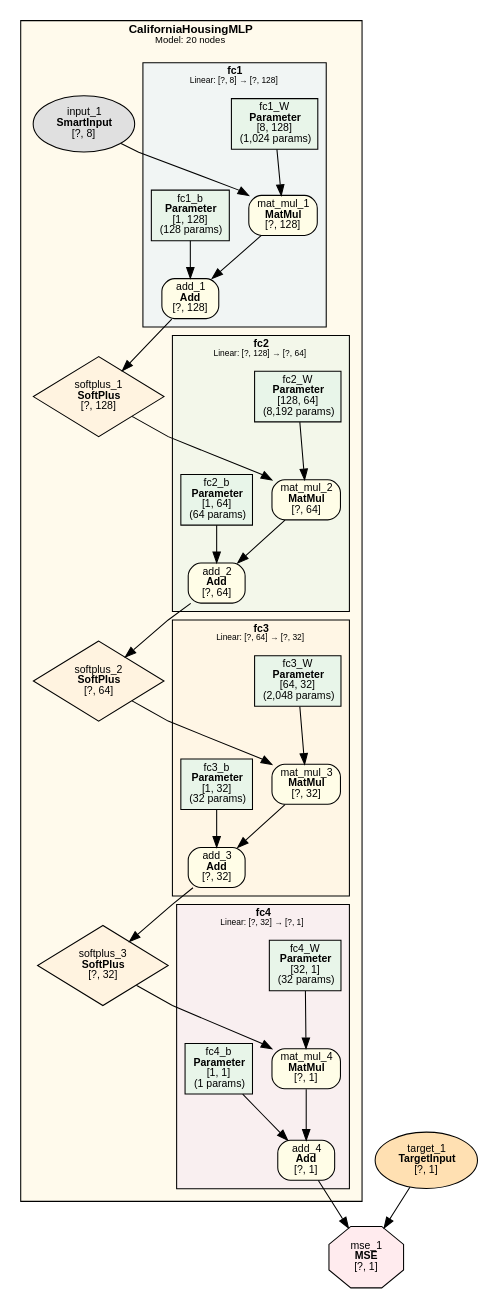
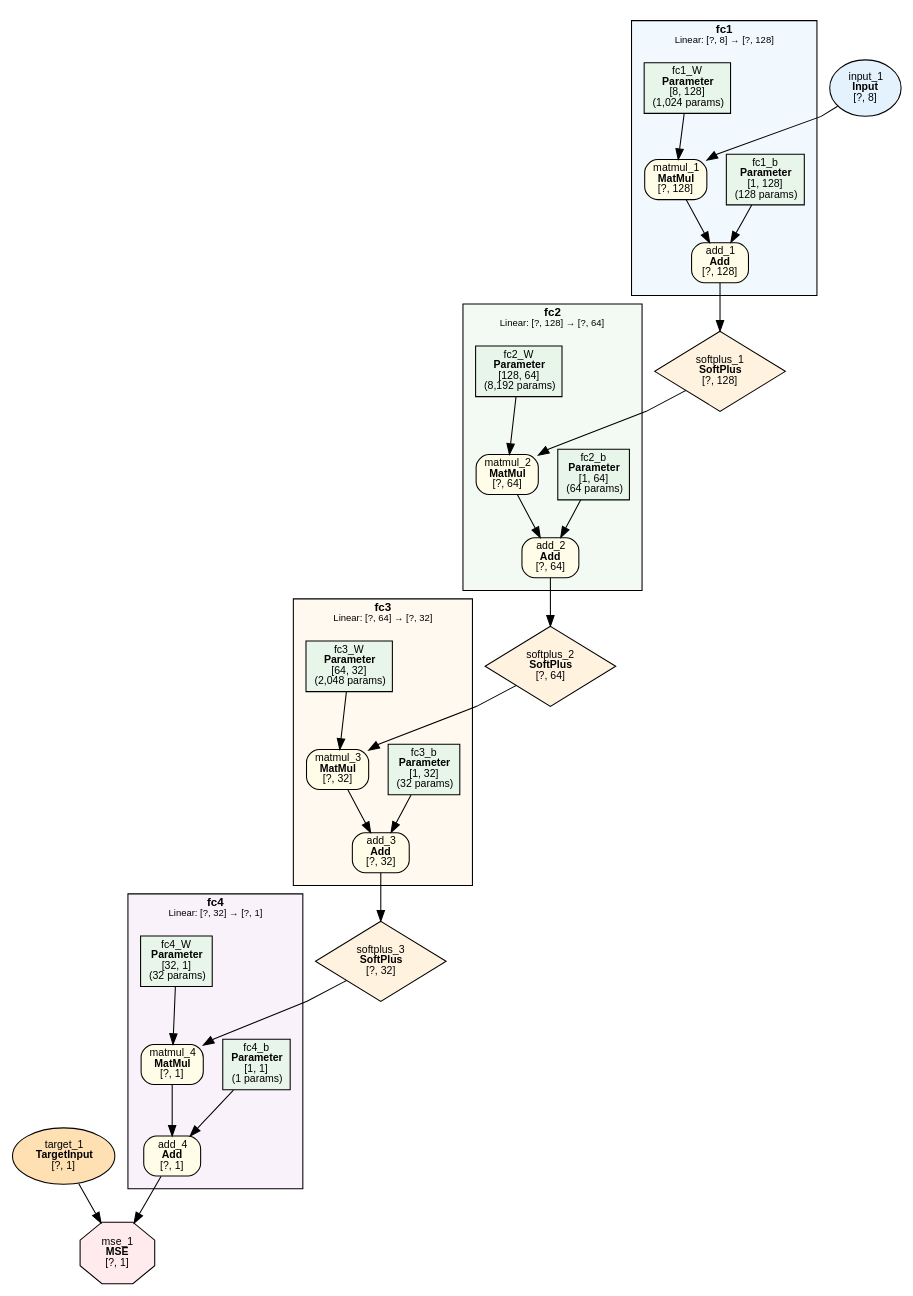
One commit to dbsxdbsx/only_torch changed the diagram in examples/california_housing/california_housing.dot. Above: the diagram before and after it, drawn with Graphviz. The commit also changed 17 other files, not shown here.

```diff
--- a/examples/california_housing/california_housing.dot
+++ b/examples/california_housing/california_housing.dot
@@ -1,93 +1,88 @@
-digraph Model {
+digraph ComputeGraph {
     rankdir=TB;
     newrank=true;
     splines=polyline;
     node [fontname="Microsoft YaHei,SimHei,Arial"];
     edge [fontname="Microsoft YaHei,SimHei,Arial"];
 
-    subgraph cluster_CaliforniaHousingMLP {
-        label=<<B>CaliforniaHousingMLP</B><BR/><FONT POINT-SIZE="9">Model: 20 nodes</FONT>>;
+    subgraph cluster_fc1 {
+        label=<<B>fc1</B><BR/><FONT POINT-SIZE="9">Linear: [?, 8] → [?, 128]</FONT>>;
         style=filled;
-        fillcolor="#FFECB340";
+        fillcolor="#E3F2FD80";
         fontname="Microsoft YaHei,SimHei,Arial";
         fontsize=11;
         margin=12;
-        subgraph cluster_CaliforniaHousingMLP_fc1 {
-            label=<<B>fc1</B><BR/><FONT POINT-SIZE="8">Linear: [?, 8] → [?, 128]</FONT>>;
-            style=filled;
-            fillcolor="#E3F2FD80";
-            fontname="Microsoft YaHei,SimHei,Arial";
-            fontsize=10;
-            margin=8;
+            "5321" [label=<add_1<BR/><B>Add</B><BR/>[?, 128]> shape=box style="filled,rounded" fillcolor="#FFFDE7" fontsize=10];
+            "5320" [label=<matmul_1<BR/><B>MatMul</B><BR/>[?, 128]> shape=box style="filled,rounded" fillcolor="#FFFDE7" fontsize=10];
+            "2" [label=<fc1_b<BR/><B>Parameter</B><BR/>[1, 128]<BR/>(128 params)> shape=box style=filled fillcolor="#E8F5E9" fontsize=10];
             "1" [label=<fc1_W<BR/><B>Parameter</B><BR/>[8, 128]<BR/>(1,024 params)> shape=box style=filled fillcolor="#E8F5E9" fontsize=10];
-            "2" [label=<fc1_b<BR/><B>Parameter</B><BR/>[1, 128]<BR/>(128 params)> shape=box style=filled fillcolor="#E8F5E9" fontsize=10];
-            "10" [label=<mat_mul_1<BR/><B>MatMul</B><BR/>[?, 128]> shape=box style="filled,rounded" fillcolor="#FFFDE7" fontsize=10];
-            "11" [label=<add_1<BR/><B>Add</B><BR/>[?, 128]> shape=box style="filled,rounded" fillcolor="#FFFDE7" fontsize=10];
-        }
-        subgraph cluster_CaliforniaHousingMLP_fc2 {
-            label=<<B>fc2</B><BR/><FONT POINT-SIZE="8">Linear: [?, 128] → [?, 64]</FONT>>;
-            style=filled;
-            fillcolor="#E8F5E980";
-            fontname="Microsoft YaHei,SimHei,Arial";
-            fontsize=10;
-            margin=8;
-            "3" [label=<fc2_W<BR/><B>Parameter</B><BR/>[128, 64]<BR/>(8,192 params)> shape=box style=filled fillcolor="#E8F5E9" fontsize=10];
-            "4" [label=<fc2_b<BR/><B>Parameter</B><BR/>[1, 64]<BR/>(64 params)> shape=box style=filled fillcolor="#E8F5E9" fontsize=10];
-            "13" [label=<mat_mul_2<BR/><B>MatMul</B><BR/>[?, 64]> shape=box style="filled,rounded" fillcolor="#FFFDE7" fontsize=10];
-            "14" [label=<add_2<BR/><B>Add</B><BR/>[?, 64]> shape=box style="filled,rounded" fillcolor="#FFFDE7" fontsize=10];
-        }
-        subgraph cluster_CaliforniaHousingMLP_fc3 {
-            label=<<B>fc3</B><BR/><FONT POINT-SIZE="8">Linear: [?, 64] → [?, 32]</FONT>>;
-            style=filled;
-            fillcolor="#FFF3E080";
-            fontname="Microsoft YaHei,SimHei,Arial";
-            fontsize=10;
-            margin=8;
-            "5" [label=<fc3_W<BR/><B>Parameter</B><BR/>[64, 32]<BR/>(2,048 params)> shape=box style=filled fillcolor="#E8F5E9" fontsize=10];
-            "6" [label=<fc3_b<BR/><B>Parameter</B><BR/>[1, 32]<BR/>(32 params)> shape=box style=filled fillcolor="#E8F5E9" fontsize=10];
-            "16" [label=<mat_mul_3<BR/><B>MatMul</B><BR/>[?, 32]> shape=box style="filled,rounded" fillcolor="#FFFDE7" fontsize=10];
-            "17" [label=<add_3<BR/><B>Add</B><BR/>[?, 32]> shape=box style="filled,rounded" fillcolor="#FFFDE7" fontsize=10];
-        }
-        subgraph cluster_CaliforniaHousingMLP_fc4 {
-            label=<<B>fc4</B><BR/><FONT POINT-SIZE="8">Linear: [?, 32] → [?, 1]</FONT>>;
-            style=filled;
-            fillcolor="#F3E5F580";
-            fontname="Microsoft YaHei,SimHei,Arial";
-            fontsize=10;
-            margin=8;
-            "7" [label=<fc4_W<BR/><B>Parameter</B><BR/>[32, 1]<BR/>(32 params)> shape=box style=filled fillcolor="#E8F5E9" fontsize=10];
-            "8" [label=<fc4_b<BR/><B>Parameter</B><BR/>[1, 1]<BR/>(1 params)> shape=box style=filled fillcolor="#E8F5E9" fontsize=10];
-            "19" [label=<mat_mul_4<BR/><B>MatMul</B><BR/>[?, 1]> shape=box style="filled,rounded" fillcolor="#FFFDE7" fontsize=10];
-            "20" [label=<add_4<BR/><B>Add</B><BR/>[?, 1]> shape=box style="filled,rounded" fillcolor="#FFFDE7" fontsize=10];
-        }
-            "9" [label=<input_1<BR/><B>SmartInput</B><BR/>[?, 8]> shape=ellipse style=filled fillcolor="#E0E0E0" fontsize=10];
-            "12" [label=<softplus_1<BR/><B>SoftPlus</B><BR/>[?, 128]> shape=diamond style=filled fillcolor="#FFF3E0" fontsize=10];
-            "15" [label=<softplus_2<BR/><B>SoftPlus</B><BR/>[?, 64]> shape=diamond style=filled fillcolor="#FFF3E0" fontsize=10];
-            "18" [label=<softplus_3<BR/><B>SoftPlus</B><BR/>[?, 32]> shape=diamond style=filled fillcolor="#FFF3E0" fontsize=10];
     }
 
-    "21" [label=<target_1<BR/><B>TargetInput</B><BR/>[?, 1]> shape=ellipse style=filled fillcolor="#FFE0B2" fontsize=10];
-    "22" [label=<mse_1<BR/><B>MSE</B><BR/>[?, 1]> shape=octagon style=filled fillcolor="#FFEBEE" fontsize=10];
+    subgraph cluster_fc2 {
+        label=<<B>fc2</B><BR/><FONT POINT-SIZE="9">Linear: [?, 128] → [?, 64]</FONT>>;
+        style=filled;
+        fillcolor="#E8F5E980";
+        fontname="Microsoft YaHei,SimHei,Arial";
+        fontsize=11;
+        margin=12;
+            "5324" [label=<add_2<BR/><B>Add</B><BR/>[?, 64]> shape=box style="filled,rounded" fillcolor="#FFFDE7" fontsize=10];
+            "5323" [label=<matmul_2<BR/><B>MatMul</B><BR/>[?, 64]> shape=box style="filled,rounded" fillcolor="#FFFDE7" fontsize=10];
+            "4" [label=<fc2_b<BR/><B>Parameter</B><BR/>[1, 64]<BR/>(64 params)> shape=box style=filled fillcolor="#E8F5E9" fontsize=10];
+            "3" [label=<fc2_W<BR/><B>Parameter</B><BR/>[128, 64]<BR/>(8,192 params)> shape=box style=filled fillcolor="#E8F5E9" fontsize=10];
+    }
 
-    "9" -> "10";
-    "1" -> "10";
-    "10" -> "11";
-    "2" -> "11";
-    "11" -> "12";
-    "12" -> "13";
-    "3" -> "13";
-    "13" -> "14";
-    "4" -> "14";
-    "14" -> "15";
-    "15" -> "16";
-    "5" -> "16";
-    "16" -> "17";
-    "6" -> "17";
-    "17" -> "18";
-    "18" -> "19";
-    "7" -> "19";
-    "19" -> "20";
-    "8" -> "20";
-    "20" -> "22";
-    "21" -> "22";
+    subgraph cluster_fc3 {
+        label=<<B>fc3</B><BR/><FONT POINT-SIZE="9">Linear: [?, 64] → [?, 32]</FONT>>;
+        style=filled;
+        fillcolor="#FFF3E080";
+        fontname="Microsoft YaHei,SimHei,Arial";
+        fontsize=11;
+        margin=12;
+            "5327" [label=<add_3<BR/><B>Add</B><BR/>[?, 32]> shape=box style="filled,rounded" fillcolor="#FFFDE7" fontsize=10];
+            "5326" [label=<matmul_3<BR/><B>MatMul</B><BR/>[?, 32]> shape=box style="filled,rounded" fillcolor="#FFFDE7" fontsize=10];
+            "6" [label=<fc3_b<BR/><B>Parameter</B><BR/>[1, 32]<BR/>(32 params)> shape=box style=filled fillcolor="#E8F5E9" fontsize=10];
+            "5" [label=<fc3_W<BR/><B>Parameter</B><BR/>[64, 32]<BR/>(2,048 params)> shape=box style=filled fillcolor="#E8F5E9" fontsize=10];
+    }
+
+    subgraph cluster_fc4 {
+        label=<<B>fc4</B><BR/><FONT POINT-SIZE="9">Linear: [?, 32] → [?, 1]</FONT>>;
+        style=filled;
+        fillcolor="#F3E5F580";
+        fontname="Microsoft YaHei,SimHei,Arial";
+        fontsize=11;
+        margin=12;
+            "5330" [label=<add_4<BR/><B>Add</B><BR/>[?, 1]> shape=box style="filled,rounded" fillcolor="#FFFDE7" fontsize=10];
+            "5329" [label=<matmul_4<BR/><B>MatMul</B><BR/>[?, 1]> shape=box style="filled,rounded" fillcolor="#FFFDE7" fontsize=10];
+            "8" [label=<fc4_b<BR/><B>Parameter</B><BR/>[1, 1]<BR/>(1 params)> shape=box style=filled fillcolor="#E8F5E9" fontsize=10];
+            "7" [label=<fc4_W<BR/><B>Parameter</B><BR/>[32, 1]<BR/>(32 params)> shape=box style=filled fillcolor="#E8F5E9" fontsize=10];
+    }
+
+    "5332" [label=<mse_1<BR/><B>MSE</B><BR/>[?, 1]> shape=octagon style=filled fillcolor="#FFEBEE" fontsize=10];
+    "5331" [label=<target_1<BR/><B>TargetInput</B><BR/>[?, 1]> shape=ellipse style=filled fillcolor="#FFE0B2" fontsize=10];
+    "5328" [label=<softplus_3<BR/><B>SoftPlus</B><BR/>[?, 32]> shape=diamond style=filled fillcolor="#FFF3E0" fontsize=10];
+    "5325" [label=<softplus_2<BR/><B>SoftPlus</B><BR/>[?, 64]> shape=diamond style=filled fillcolor="#FFF3E0" fontsize=10];
+    "5322" [label=<softplus_1<BR/><B>SoftPlus</B><BR/>[?, 128]> shape=diamond style=filled fillcolor="#FFF3E0" fontsize=10];
+    "5319" [label=<input_1<BR/><B>Input</B><BR/>[?, 8]> shape=ellipse style=filled fillcolor="#E3F2FD" fontsize=10];
+
+    "5330" -> "5332";
+    "5331" -> "5332";
+    "5329" -> "5330";
+    "8" -> "5330";
+    "5328" -> "5329";
+    "7" -> "5329";
+    "5327" -> "5328";
+    "5326" -> "5327";
+    "6" -> "5327";
+    "5325" -> "5326";
+    "5" -> "5326";
+    "5324" -> "5325";
+    "5323" -> "5324";
+    "4" -> "5324";
+    "5322" -> "5323";
+    "3" -> "5323";
+    "5321" -> "5322";
+    "5320" -> "5321";
+    "2" -> "5321";
+    "5319" -> "5320";
+    "1" -> "5320";
 }
```
